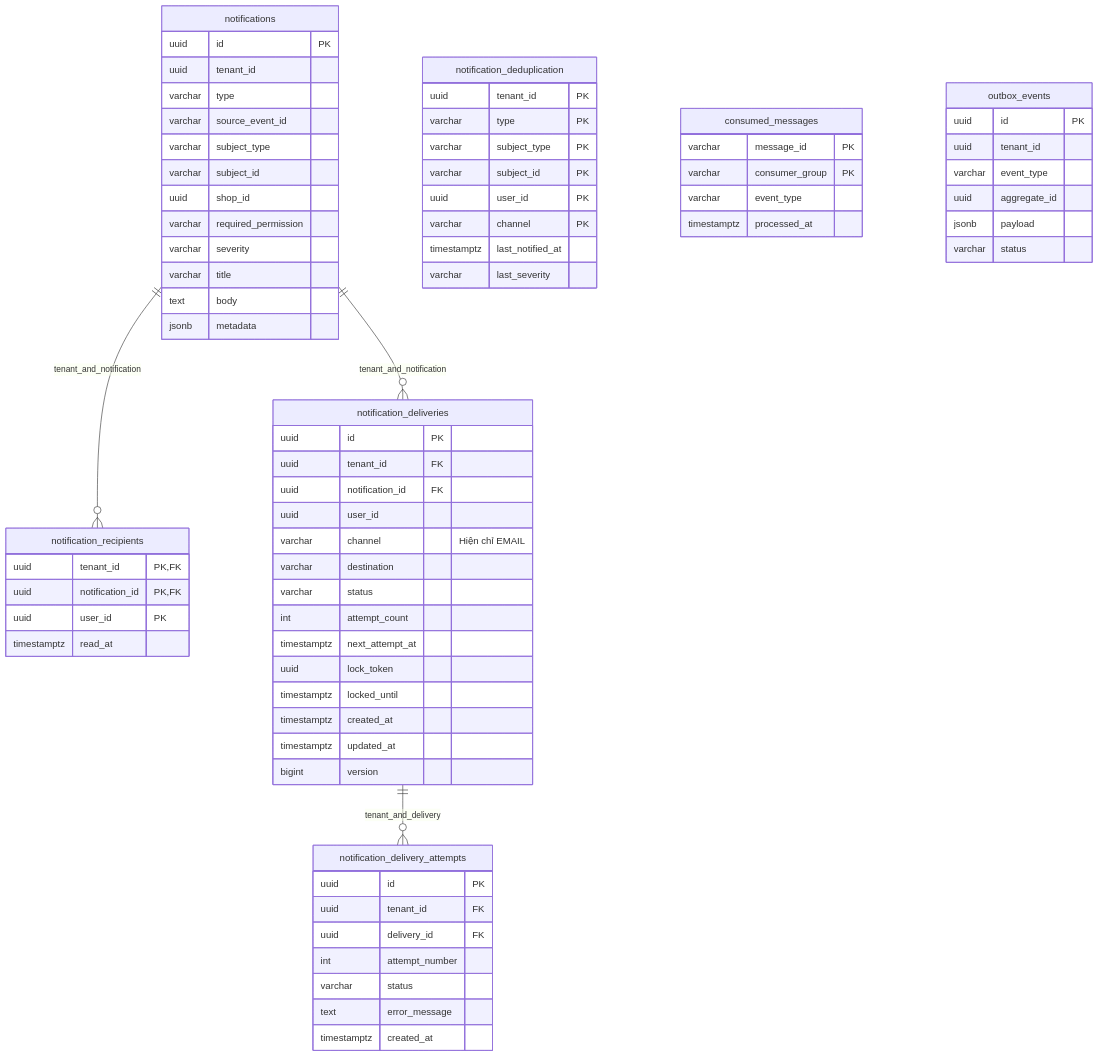
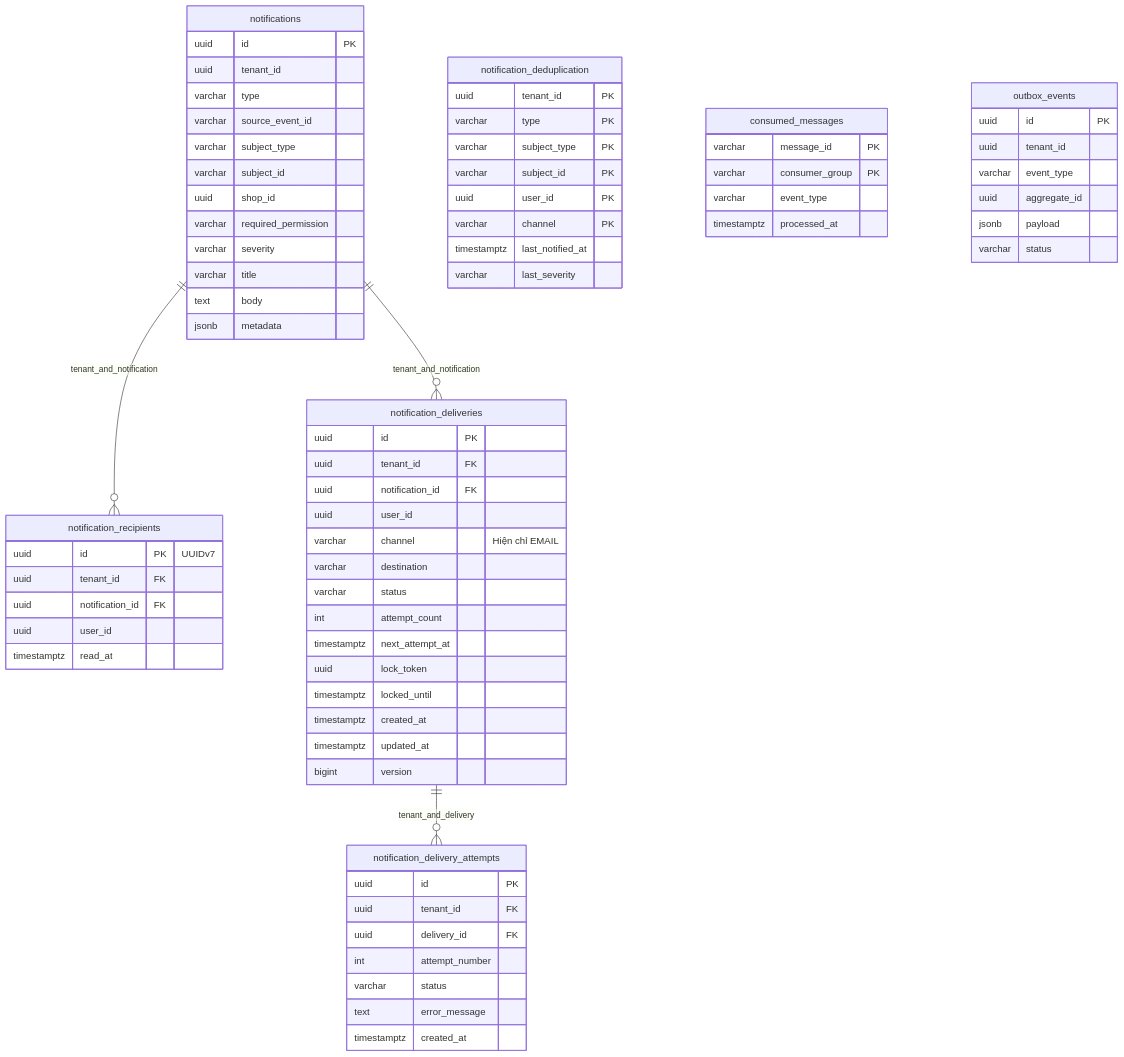
Before and after one commit to NDQuynh259/vishop-platform: the second of 2 diagrams in services/notification-service/docs/database-design.md, drawn with Mermaid. The commit also changed other lines of this file and 89 other files, not shown here.

````diff
--- a/services/notification-service/docs/database-design.md
+++ b/services/notification-service/docs/database-design.md
@@ -75,76 +51,77 @@
 ```mermaid
 erDiagram
     notifications ||--o{ notification_recipients : tenant_and_notification
     notifications ||--o{ notification_deliveries : tenant_and_notification
     notification_deliveries ||--o{ notification_delivery_attempts : tenant_and_delivery
 
     notifications {
         uuid id PK
         uuid tenant_id
         varchar type
         varchar source_event_id
         varchar subject_type
         varchar subject_id
         uuid shop_id
         varchar required_permission
         varchar severity
         varchar title
         text body
         jsonb metadata
     }
     notification_recipients {
-        uuid tenant_id PK,FK
-        uuid notification_id PK,FK
-        uuid user_id PK
+        uuid id PK "UUIDv7"
+        uuid tenant_id FK
+        uuid notification_id FK
+        uuid user_id
         timestamptz read_at
     }
     notification_deliveries {
         uuid id PK
         uuid tenant_id FK
         uuid notification_id FK
         uuid user_id
         varchar channel "Hiện chỉ EMAIL"
         varchar destination
         varchar status
         int attempt_count
         timestamptz next_attempt_at
         uuid lock_token
         timestamptz locked_until
         timestamptz created_at
         timestamptz updated_at
         bigint version
     }
     notification_delivery_attempts {
         uuid id PK
         uuid tenant_id FK
         uuid delivery_id FK
         int attempt_number
         varchar status
         text error_message
         timestamptz created_at
     }
     notification_deduplication {
         uuid tenant_id PK
         varchar type PK
         varchar subject_type PK
         varchar subject_id PK
         uuid user_id PK
         varchar channel PK
         timestamptz last_notified_at
         varchar last_severity
     }
     consumed_messages {
         varchar message_id PK
         varchar consumer_group PK
         varchar event_type
         timestamptz processed_at
     }
     outbox_events {
         uuid id PK
         uuid tenant_id
         varchar event_type
         uuid aggregate_id
         jsonb payload
         varchar status
     }
 ```
````
